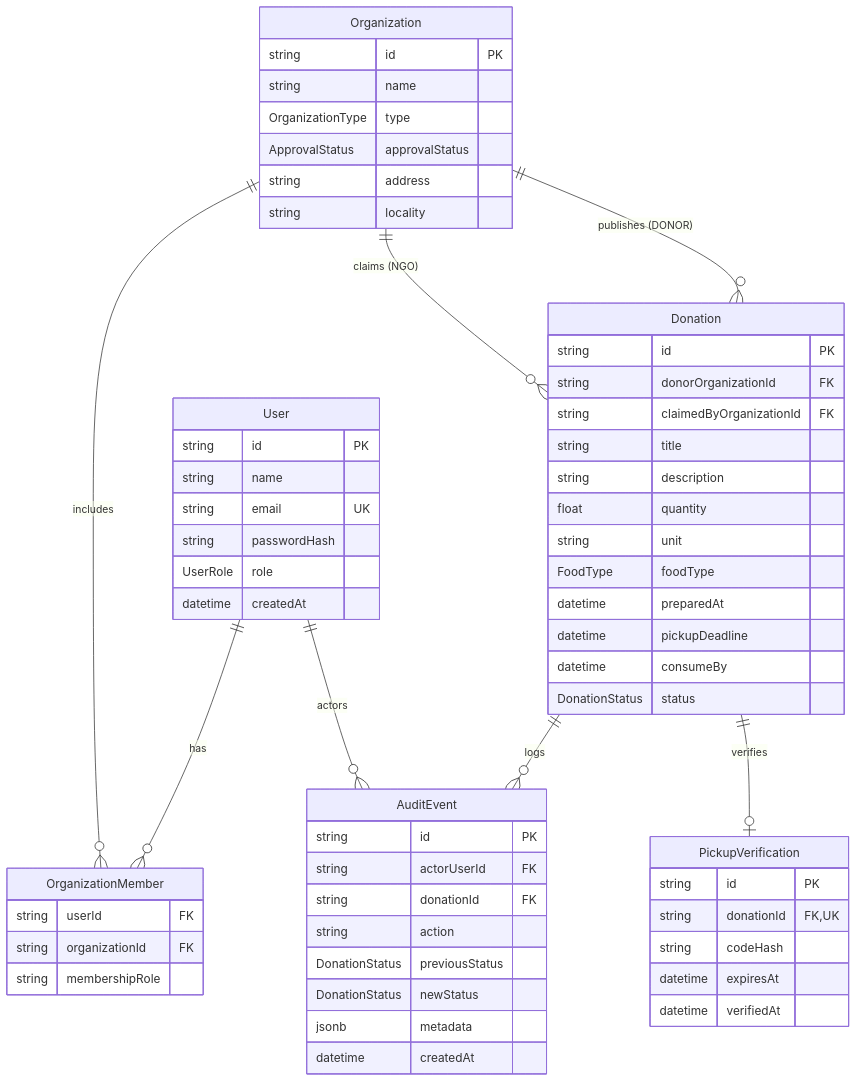
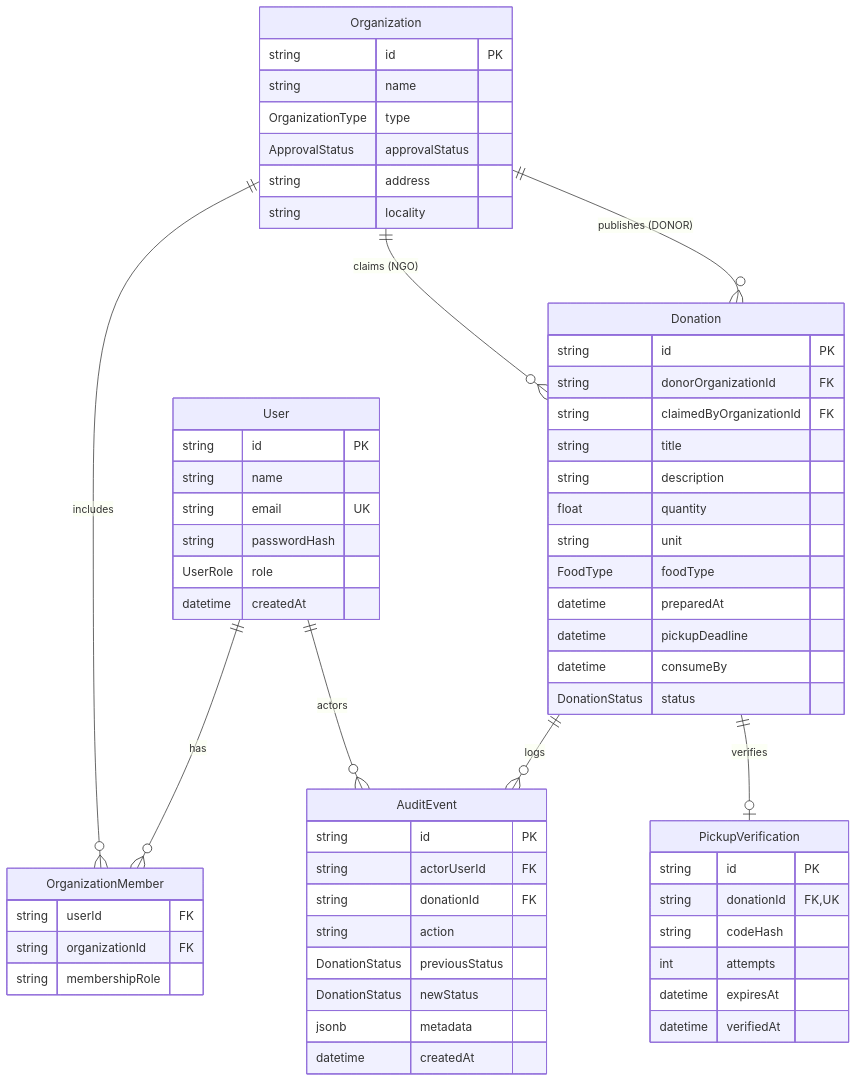
The diagram in README.md (Sudarshan25092007/MealRelay), drawn with Mermaid before and after one commit. The commit also changed other lines of this file and 23 other files, not shown here.

````diff
--- a/README.md
+++ b/README.md
@@ -108,68 +141,69 @@
 ```mermaid
 erDiagram
     User ||--o{ OrganizationMember : "has"
     Organization ||--o{ OrganizationMember : "includes"
     Organization ||--o{ Donation : "publishes (DONOR)"
     Organization ||--o{ Donation : "claims (NGO)"
     Donation ||--o| PickupVerification : "verifies"
     Donation ||--o{ AuditEvent : "logs"
     User ||--o{ AuditEvent : "actors"
 
     User {
         string id PK
         string name
         string email UK
         string passwordHash
         UserRole role
         datetime createdAt
     }
 
     Organization {
         string id PK
         string name
         OrganizationType type
         ApprovalStatus approvalStatus
         string address
         string locality
     }
 
     OrganizationMember {
         string userId FK
         string organizationId FK
         string membershipRole
     }
 
     Donation {
         string id PK
         string donorOrganizationId FK
         string claimedByOrganizationId FK
         string title
         string description
         float quantity
         string unit
         FoodType foodType
         datetime preparedAt
         datetime pickupDeadline
         datetime consumeBy
         DonationStatus status
     }
 
     PickupVerification {
         string id PK
         string donationId FK, UK
         string codeHash
+        int attempts
         datetime expiresAt
         datetime verifiedAt
     }
 
     AuditEvent {
         string id PK
         string actorUserId FK
         string donationId FK
         string action
         DonationStatus previousStatus
         DonationStatus newStatus
         jsonb metadata
         datetime createdAt
     }
 ```
````
